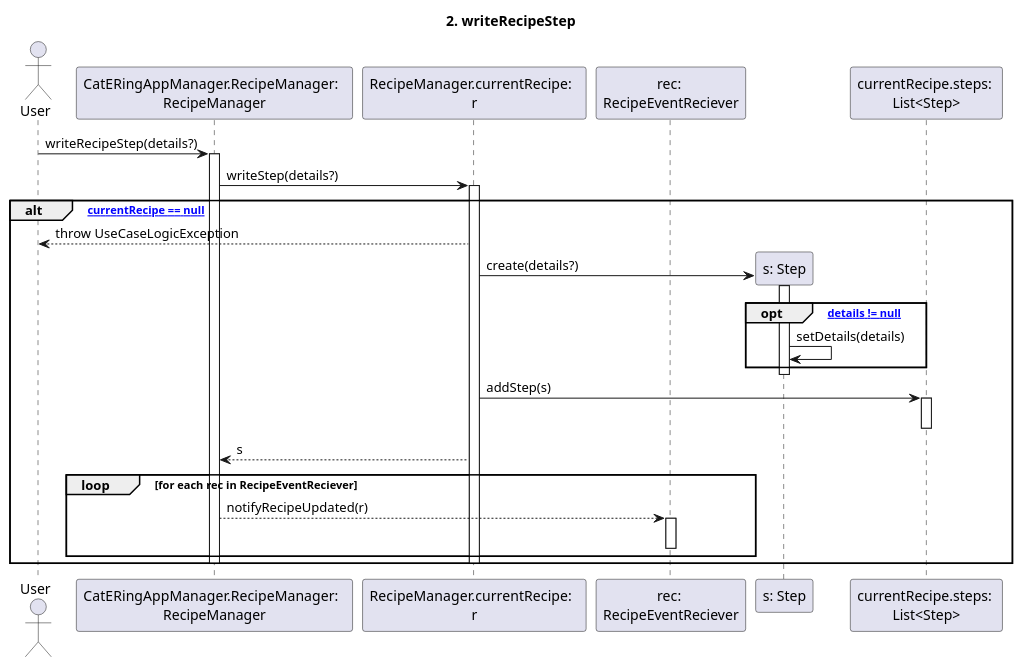
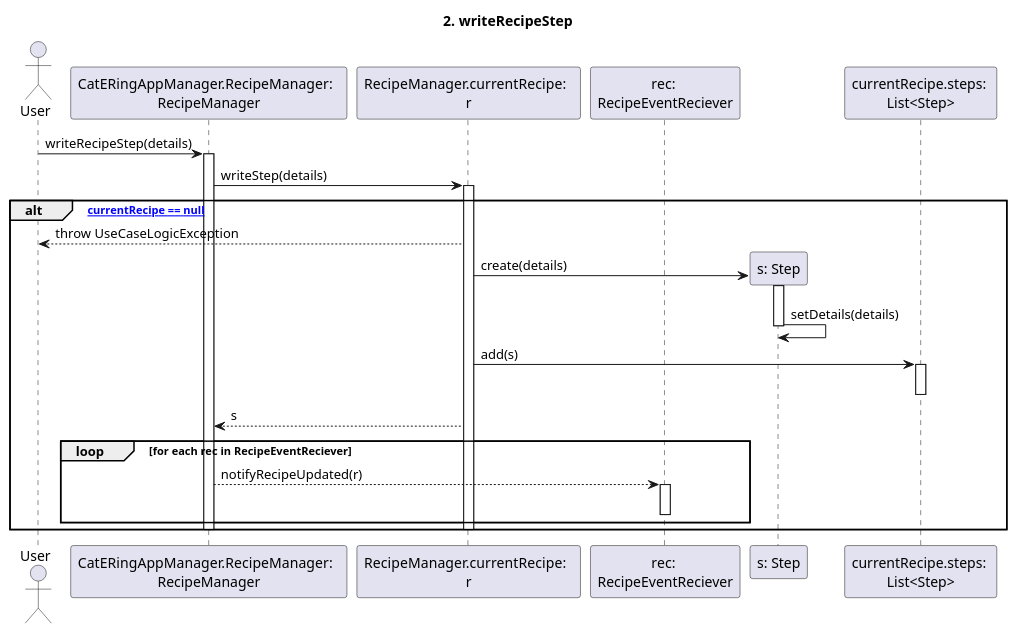
One commit to m0canu1/sas changed the diagram in dsd/dsd-ricette/2-writeRecipeStep.md. Above: the diagram before and after it, drawn with PlantUML. The commit also changed 14 other files, not shown here.

````diff
--- a/dsd/dsd-ricette/2-writeRecipeStep.md
+++ b/dsd/dsd-ricette/2-writeRecipeStep.md
@@ -1,35 +1,33 @@
 ```plantuml
 
 title: 2. writeRecipeStep
 
 Actor User
 Participant "CatERingAppManager.RecipeManager:  \nRecipeManager" as RM
 Participant "RecipeManager.currentRecipe:  \nr" as CR
 Participant "rec: \nRecipeEventReciever" as RER
-User -> RM: writeRecipeStep(details?)
+User -> RM: writeRecipeStep(details)
 Activate RM
-RM -> CR: writeStep(details?)
+RM -> CR: writeStep(details)
 activate CR
 alt ["currentRecipe == null"]
     CR --> User: throw UseCaseLogicException
         create "s: Step"
-        CR -> "s: Step": create(details?)
+        CR -> "s: Step": create(details)
         Activate "s: Step"
-        opt ["details != null"]
-            "s: Step" -> "s: Step": setDetails(details)
-        end
+        "s: Step" -> "s: Step": setDetails(details)
         Deactivate "s: Step"
-        CR -> "currentRecipe.steps: \nList<Step>": addStep(s)
+        CR -> "currentRecipe.steps: \nList<Step>": add(s)
         Activate "currentRecipe.steps: \nList<Step>"
         Deactivate "currentRecipe.steps: \nList<Step>"
         CR --> RM: s
         loop for each rec in RecipeEventReciever
             RM --> RER: notifyRecipeUpdated(r)
             activate RER
             deactivate RER
         end
     deactivate CR
     Deactivate RM    
 end
 
 ```
````
